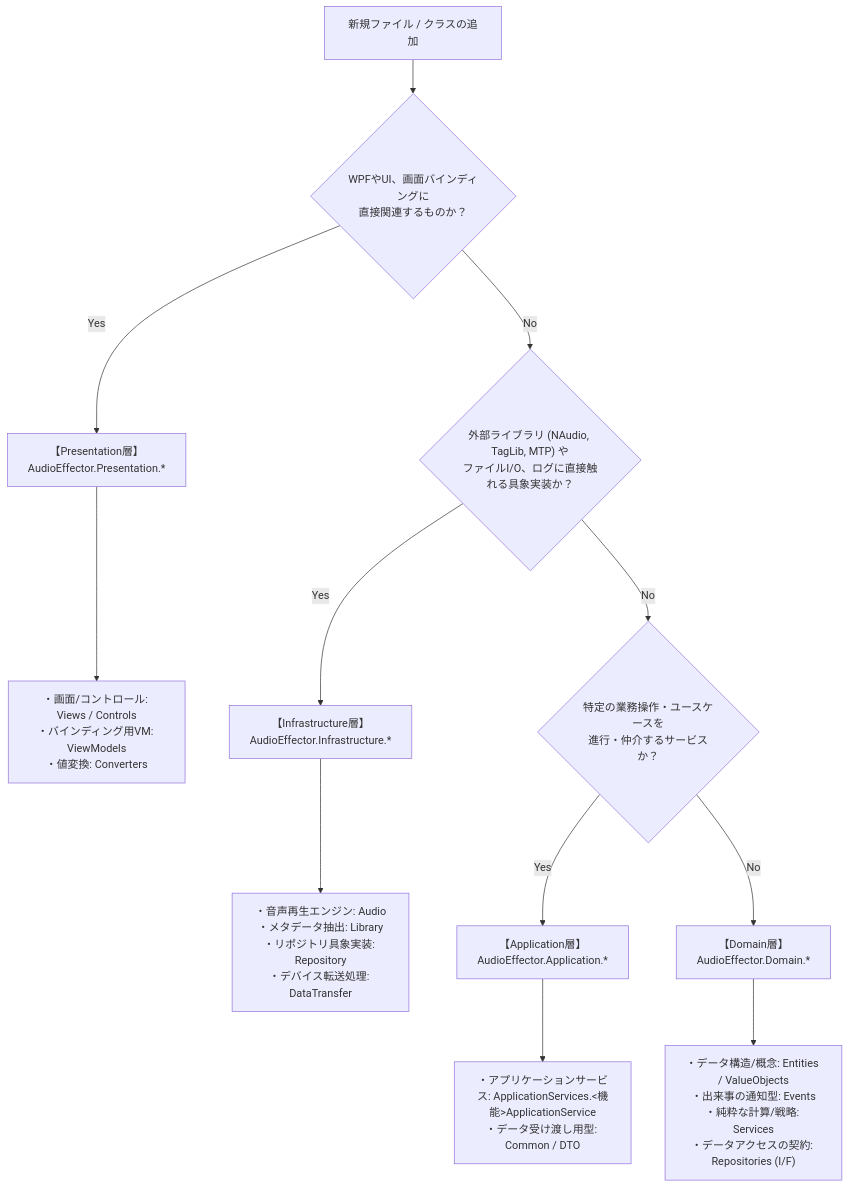
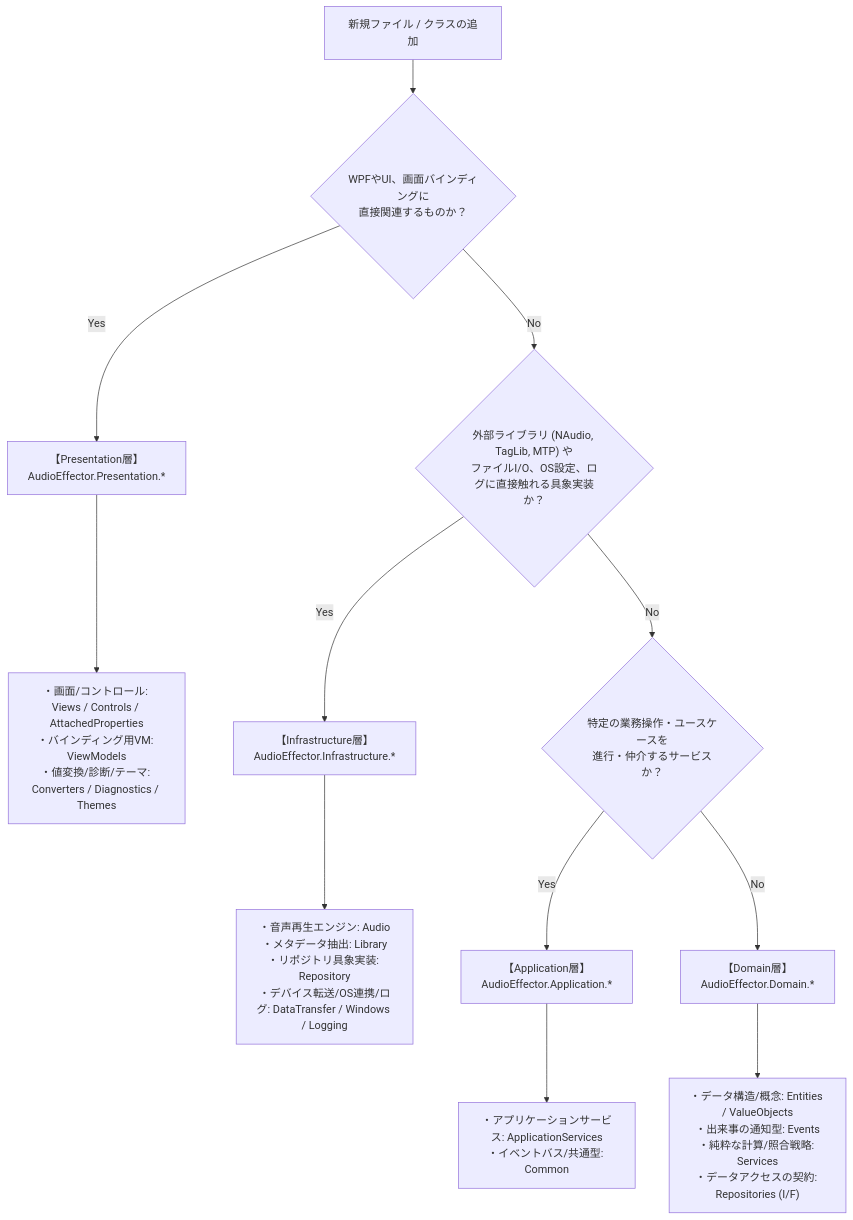
The second of 3 diagrams in 設計/詳細設計/アーキテクチャ/アーキテクチャ全体設計書.md (taketonnbo/Audio_Effector), drawn with Mermaid before and after one commit. The commit also changed other lines of this file and 5 other files, not shown here.

````diff
--- a/設計/詳細設計/アーキテクチャ/アーキテクチャ全体設計書.md
+++ b/設計/詳細設計/アーキテクチャ/アーキテクチャ全体設計書.md
@@ -52,20 +52,20 @@
 ```mermaid
 flowchart TD
-    Start["新規ファイル / クラスの追加"] --> Q1{"WPFやUI、画面バインディングに<br>直接関連するものか？"}
+    Start["新規ファイル / クラスの追加"] --> Q1{"WPFやUI、画面バインディングに<br/>直接関連するものか？"}
     
-    Q1 -- Yes --> P["【Presentation層】<br>AudioEffector.Presentation.*"]
-    P --> P1["・画面/コントロール: Views / Controls<br>・バインディング用VM: ViewModels<br>・値変換: Converters"]
+    Q1 -- Yes --> P["【Presentation層】<br/>AudioEffector.Presentation.*"]
+    P --> P1["・画面/コントロール: Views / Controls / AttachedProperties<br/>・バインディング用VM: ViewModels<br/>・値変換/診断/テーマ: Converters / Diagnostics / Themes"]
 
-    Q1 -- No --> Q2{"外部ライブラリ (NAudio, TagLib, MTP) や<br>ファイルI/O、ログに直接触れる具象実装か？"}
+    Q1 -- No --> Q2{"外部ライブラリ (NAudio, TagLib, MTP) や<br/>ファイルI/O、OS設定、ログに直接触れる具象実装か？"}
     
-    Q2 -- Yes --> I["【Infrastructure層】<br>AudioEffector.Infrastructure.*"]
-    I --> I1["・音声再生エンジン: Audio<br>・メタデータ抽出: Library<br>・リポジトリ具象実装: Repository<br>・デバイス転送処理: DataTransfer"]
+    Q2 -- Yes --> I["【Infrastructure層】<br/>AudioEffector.Infrastructure.*"]
+    I --> I1["・音声再生エンジン: Audio<br/>・メタデータ抽出: Library<br/>・リポジトリ具象実装: Repository<br/>・デバイス転送/OS連携/ログ: DataTransfer / Windows / Logging"]
 
-    Q2 -- No --> Q3{"特定の業務操作・ユースケースを<br>進行・仲介するサービスか？"}
+    Q2 -- No --> Q3{"特定の業務操作・ユースケースを<br/>進行・仲介するサービスか？"}
     
-    Q3 -- Yes --> A["【Application層】<br>AudioEffector.Application.*"]
-    A --> A1["・アプリケーションサービス: ApplicationServices.<機能>ApplicationService<br>・データ受け渡し用型: Common / DTO"]
+    Q3 -- Yes --> A["【Application層】<br/>AudioEffector.Application.*"]
+    A --> A1["・アプリケーションサービス: ApplicationServices<br/>・イベントバス/共通型: Common"]
 
-    Q3 -- No --> D["【Domain層】<br>AudioEffector.Domain.*"]
-    D --> D1["・データ構造/概念: Entities / ValueObjects<br>・出来事の通知型: Events<br>・純粋な計算/戦略: Services<br>・データアクセスの契約: Repositories (I/F)"]
+    Q3 -- No --> D["【Domain層】<br/>AudioEffector.Domain.*"]
+    D --> D1["・データ構造/概念: Entities / ValueObjects<br/>・出来事の通知型: Events<br/>・純粋な計算/照合戦略: Services<br/>・データアクセスの契約: Repositories (I/F)"]
 ```
````
